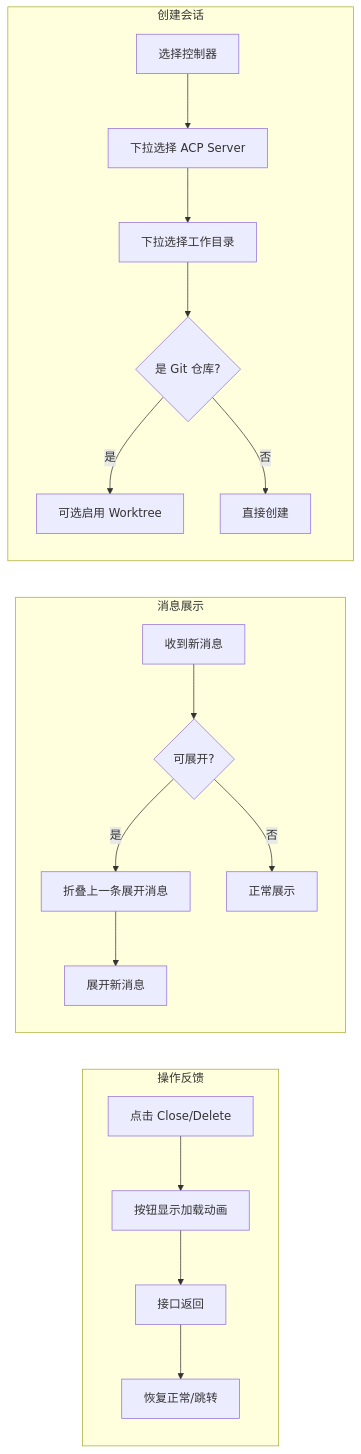
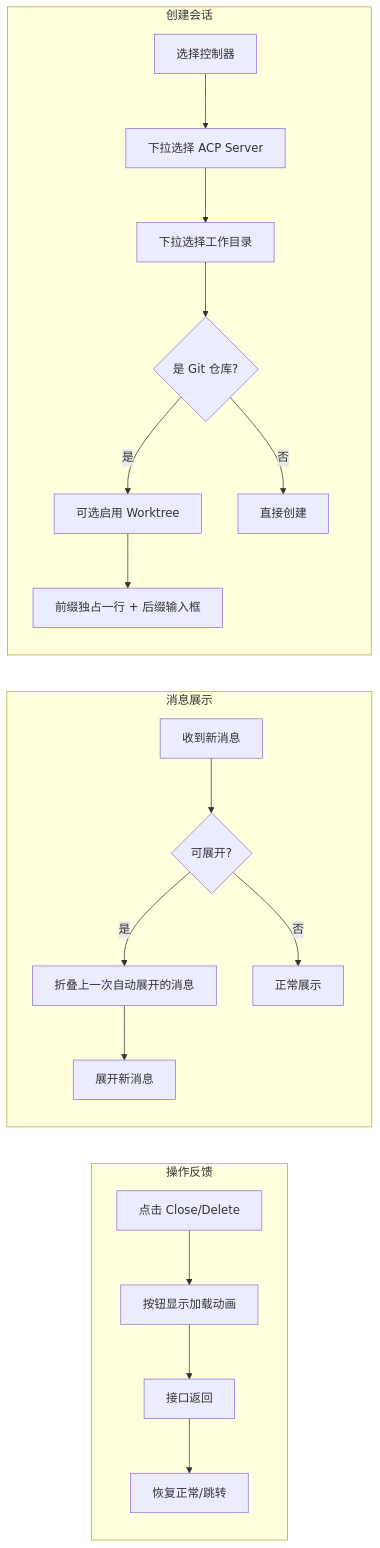
Before and after one commit to Deliay/z-agent-gear: the diagram in docs/product/draft/20260526-ui-optimization.md, drawn with Mermaid. The commit also changed other lines of this file, not shown here.

````diff
--- a/docs/product/draft/20260526-ui-optimization.md
+++ b/docs/product/draft/20260526-ui-optimization.md
@@ -125,23 +144,24 @@
 ```mermaid
 flowchart LR
     subgraph 操作反馈
         A[点击 Close/Delete] --> B[按钮显示加载动画]
         B --> C[接口返回]
         C --> D[恢复正常/跳转]
     end
 
     subgraph 消息展示
         E[收到新消息] --> F{可展开?}
-        F -->|是| G[折叠上一条展开消息]
+        F -->|是| G[折叠上一次自动展开的消息]
         G --> H[展开新消息]
         F -->|否| I[正常展示]
     end
 
     subgraph 创建会话
         J[选择控制器] --> K[下拉选择 ACP Server]
         K --> L[下拉选择工作目录]
         L --> M{是 Git 仓库?}
         M -->|是| N[可选启用 Worktree]
-        M -->|否| O[直接创建]
+        N --> O[前缀独占一行 + 后缀输入框]
+        M -->|否| P[直接创建]
     end
 ```
````
